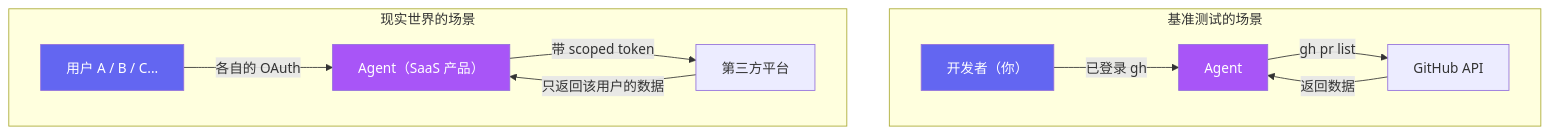
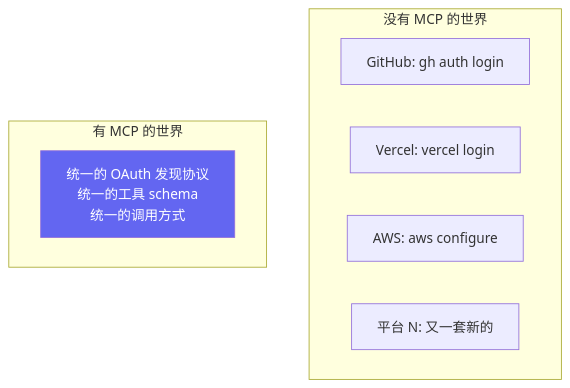
Before and after one commit to Trashwbin/quill: the second of 3 diagrams in content/zh/posts/cli-vs-mcp-vs-skills.md, drawn with Mermaid. The commit also changed other lines of this file and 5 other files, not shown here.

````diff
--- a/content/zh/posts/cli-vs-mcp-vs-skills.md
+++ b/content/zh/posts/cli-vs-mcp-vs-skills.md
@@ -51,27 +180,15 @@
 ```mermaid
 graph TB
-    subgraph "基准测试的场景"
-        Dev["开发者（你）"]
-        Agent["Agent"]
-        GitHub["GitHub API"]
-        
-        Dev -->|"已登录 gh"| Agent
-        Agent -->|"gh pr list"| GitHub
-        GitHub -->|"返回数据"| Agent
+    subgraph "没有 MCP 的世界"
+        P1["GitHub: gh auth login"]
+        P2["Vercel: vercel login"]
+        P3["AWS: aws configure"]
+        P4["平台 N: 又一套新的"]
     end
     
-    subgraph "现实世界的场景"
-        User["用户 A / B / C..."]
-        Agent2["Agent（SaaS 产品）"]
-        Platform["第三方平台"]
-        
-        User -->|"各自的 OAuth"| Agent2
-        Agent2 -->|"带 scoped token"| Platform
-        Platform -->|"只返回该用户的数据"| Agent2
+    subgraph "有 MCP 的世界"
+        MCP_std["统一的 OAuth 发现协议<br/>统一的工具 schema<br/>统一的调用方式"]
     end
     
-    style Dev fill:#6366f1,color:#fff
-    style User fill:#6366f1,color:#fff
-    style Agent fill:#a855f7,color:#fff
-    style Agent2 fill:#a855f7,color:#fff
+    style MCP_std fill:#6366f1,color:#fff
 ```
````
